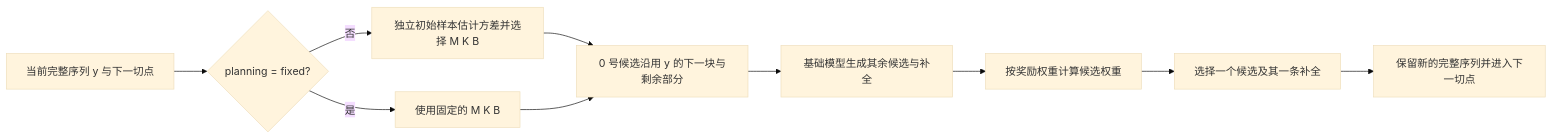
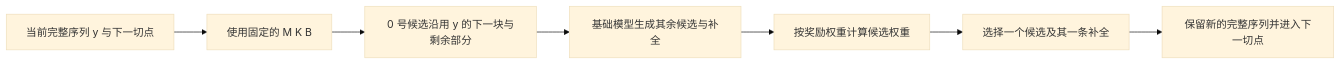
Before and after one commit to xchang1121/inference_scaling: the second of 2 diagrams in docs/methods/ALGORITHMS.md, drawn with Mermaid (base theme). The commit also changed other lines of this file and 32 other files, not shown here.

````diff
--- a/docs/methods/ALGORITHMS.md
+++ b/docs/methods/ALGORITHMS.md
@@ -213,12 +210,9 @@
 ```mermaid
 flowchart LR
-    A[当前完整序列 y 与下一切点] --> B{planning = fixed?}
-    B -- 是 --> D[使用固定的 M K B]
-    B -- 否 --> C[独立初始样本估计方差并选择 M K B]
-    C --> E[0 号候选沿用 y 的下一块与剩余部分]
-    D --> E
+    A[当前完整序列 y 与下一切点] --> D[使用固定的 M K B]
+    D --> E[0 号候选沿用 y 的下一块与剩余部分]
     E --> F[基础模型生成其余候选与补全]
     F --> G[按奖励权重计算候选权重]
     G --> H[选择一个候选及其一条补全]
     H --> I[保留新的完整序列并进入下一切点]
 ```
````
